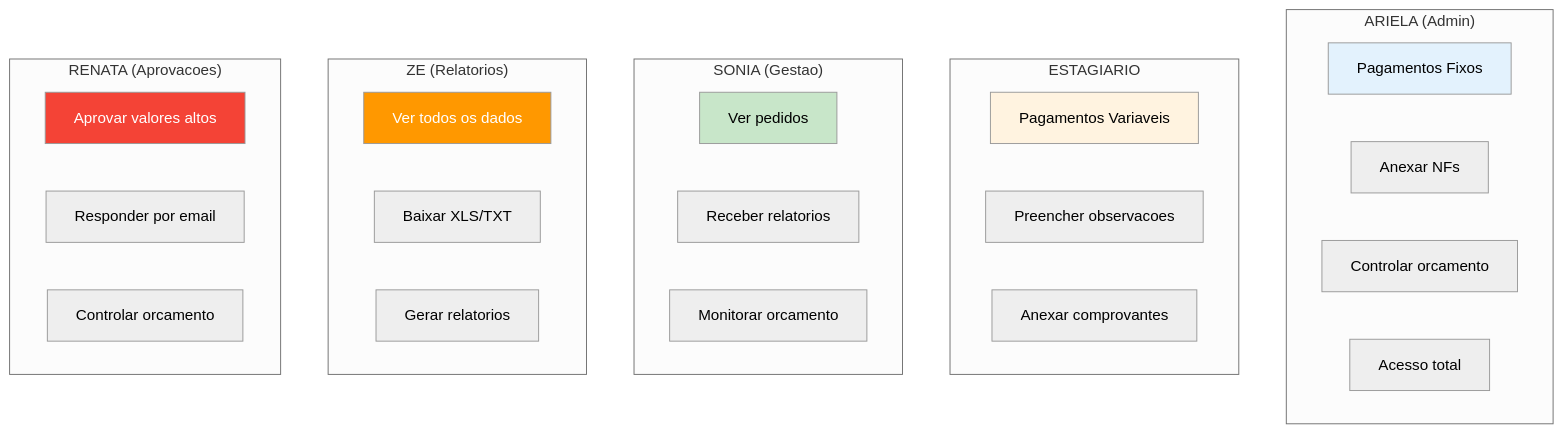
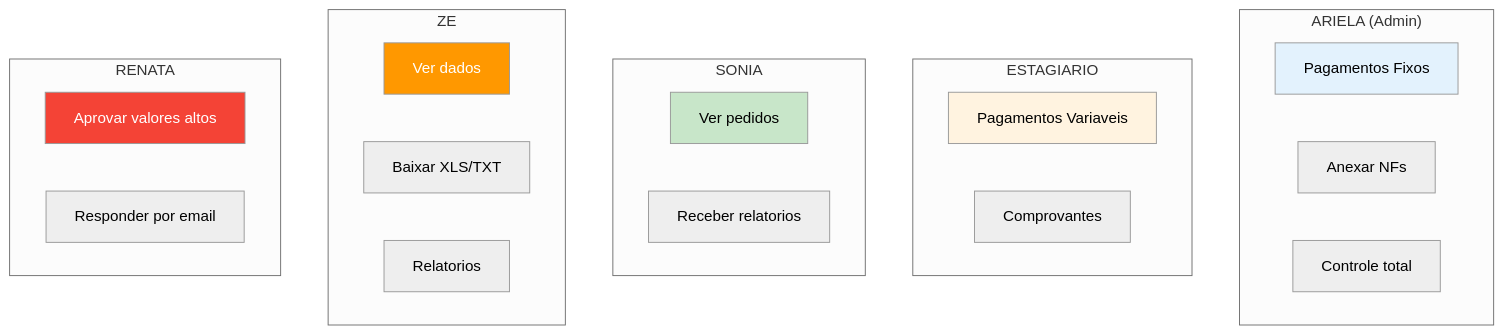
The third of 6 diagrams in FLUXO_REAL_VIDA_MAIS.md (emanuelcosta-git/epoch-dream-builder), drawn with Mermaid (neutral theme) before and after one commit. The commit also changed other lines of this file, not shown here.

````diff
--- a/FLUXO_REAL_VIDA_MAIS.md
+++ b/FLUXO_REAL_VIDA_MAIS.md
@@ -123,39 +86,35 @@
 ```mermaid
 graph TB
     subgraph "ARIELA (Admin)"
         A[Pagamentos Fixos]
         B[Anexar NFs]
-        C[Controlar orcamento]
-        D[Acesso total]
+        C[Controle total]
     end
     
     subgraph "ESTAGIARIO"
         E[Pagamentos Variaveis]
-        F[Preencher observacoes]
-        G[Anexar comprovantes]
+        F[Comprovantes]
     end
     
-    subgraph "SONIA (Gestao)"
+    subgraph "SONIA"
         I[Ver pedidos]
         J[Receber relatorios]
-        K[Monitorar orcamento]
     end
     
-    subgraph "ZE (Relatorios)"
-        M[Ver todos os dados]
+    subgraph "ZE"
+        M[Ver dados]
         N[Baixar XLS/TXT]
-        O[Gerar relatorios]
+        O[Relatorios]
     end
     
-    subgraph "RENATA (Aprovacoes)"
+    subgraph "RENATA"
         Q[Aprovar valores altos]
         R[Responder por email]
-        S[Controlar orcamento]
     end
     
     style A fill:#e3f2fd
     style E fill:#fff3e0
     style I fill:#c8e6c9
     style M fill:#ff9800,color:#fff
     style Q fill:#f44336,color:#fff
 ```
````
